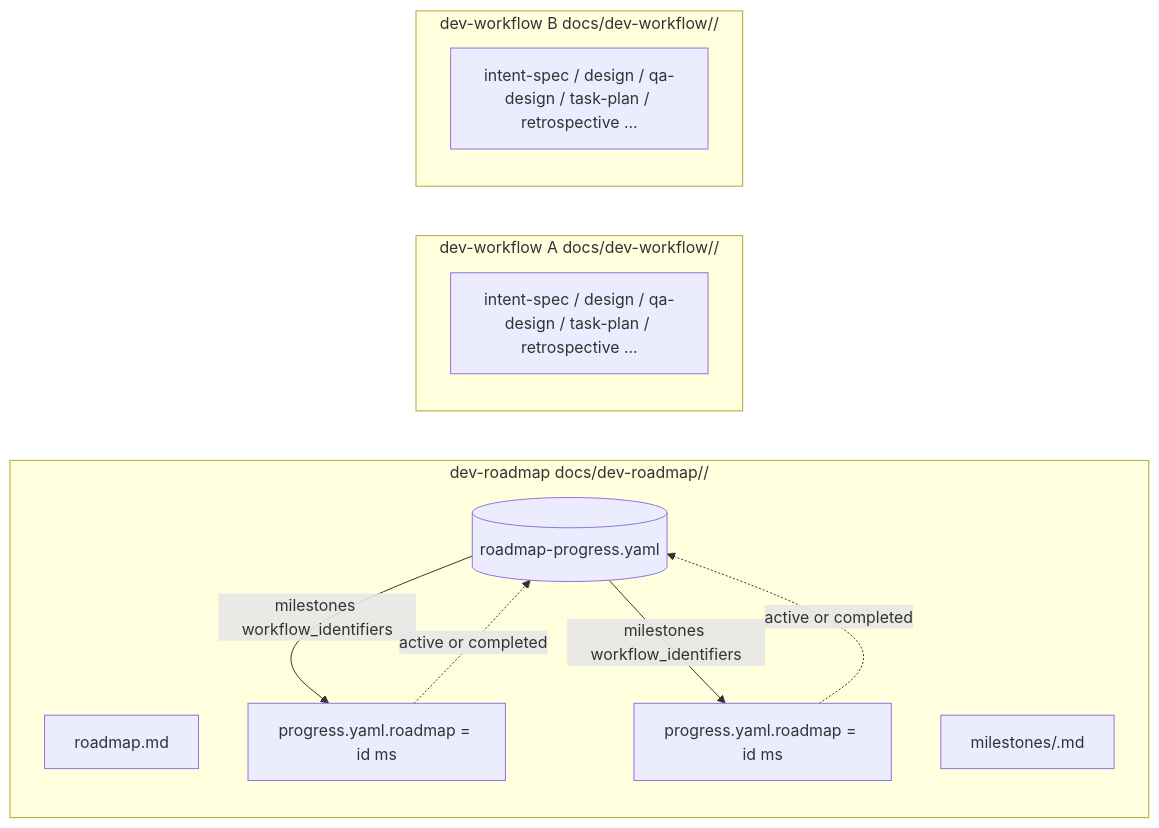
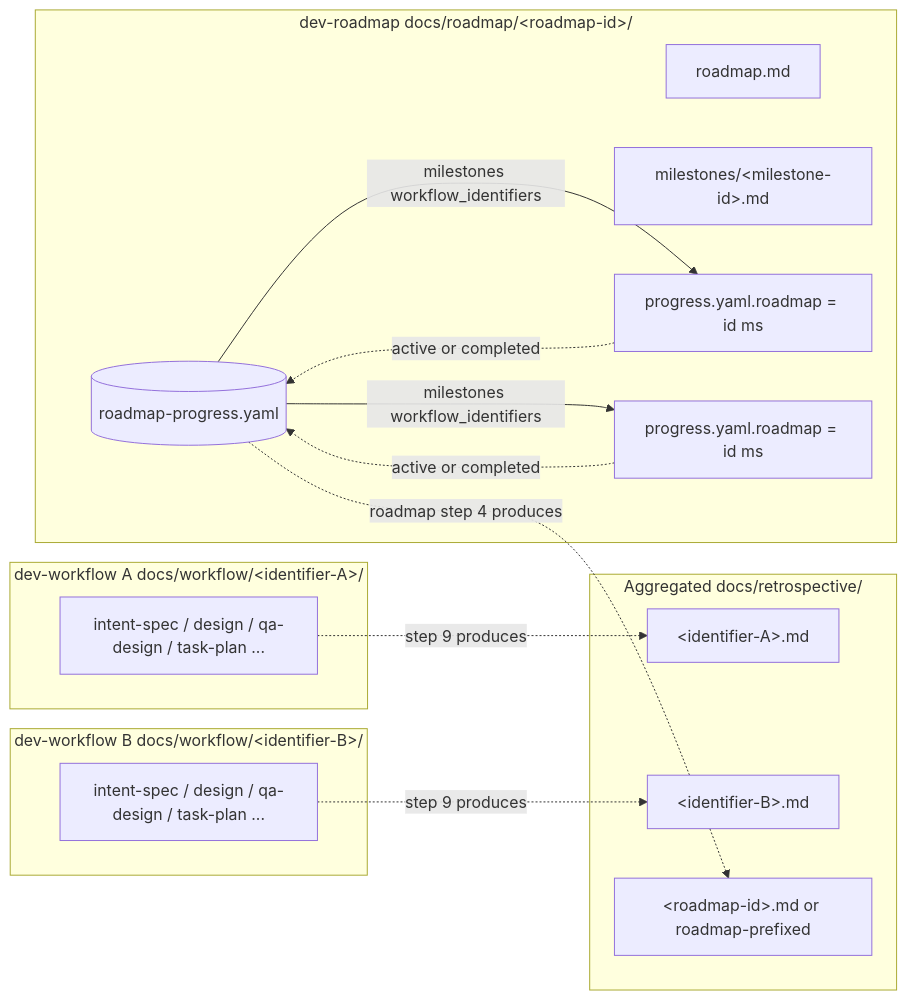
Before and after one commit to totto2727-org/monorepo: the second of 3 diagrams in docs/dev-workflow/2026-04-29-add-dev-roadmap-skill/design.md, drawn with Mermaid. The commit also changed other lines of this file and 1 other file, not shown here.

Commit message:
docs(dev-workflow/2026-04-29-add-dev-roadmap-skill): revise Step 3 (Design) post-rollback

````diff
--- a/docs/dev-workflow/2026-04-29-add-dev-roadmap-skill/design.md
+++ b/docs/dev-workflow/2026-04-29-add-dev-roadmap-skill/design.md
@@ -109,23 +122,32 @@
 ```mermaid
 graph LR
-    subgraph dev-roadmap[dev-roadmap docs/dev-roadmap/<roadmap-id>/]
+    subgraph dev-roadmap[dev-roadmap docs/roadmap/&lt;roadmap-id&gt;/]
         RM[roadmap.md]
-        MS[milestones/<milestone-id>.md]
+        MS[milestones/&lt;milestone-id&gt;.md]
         RPY[(roadmap-progress.yaml)]
         RPY -->|milestones workflow_identifiers| ID1
         RPY -->|milestones workflow_identifiers| ID2
     end
 
-    subgraph dev-workflow1[dev-workflow A docs/dev-workflow/<identifier-A>/]
+    subgraph dev-workflow1[dev-workflow A docs/workflow/&lt;identifier-A&gt;/]
         ID1[progress.yaml.roadmap = id ms]
-        ART1[intent-spec / design / qa-design / task-plan / retrospective ...]
+        ART1[intent-spec / design / qa-design / task-plan ...]
     end
 
-    subgraph dev-workflow2[dev-workflow B docs/dev-workflow/<identifier-B>/]
+    subgraph dev-workflow2[dev-workflow B docs/workflow/&lt;identifier-B&gt;/]
         ID2[progress.yaml.roadmap = id ms]
-        ART2[intent-spec / design / qa-design / task-plan / retrospective ...]
+        ART2[intent-spec / design / qa-design / task-plan ...]
+    end
+
+    subgraph aggregated[Aggregated docs/retrospective/]
+        WFR1[&lt;identifier-A&gt;.md]
+        WFR2[&lt;identifier-B&gt;.md]
+        RMR[&lt;roadmap-id&gt;.md or roadmap-prefixed]
     end
 
     ID1 -.->|active or completed| RPY
     ID2 -.->|active or completed| RPY
+    ART1 -.->|step 9 produces| WFR1
+    ART2 -.->|step 9 produces| WFR2
+    RPY -.->|roadmap step 4 produces| RMR
 ```
````
